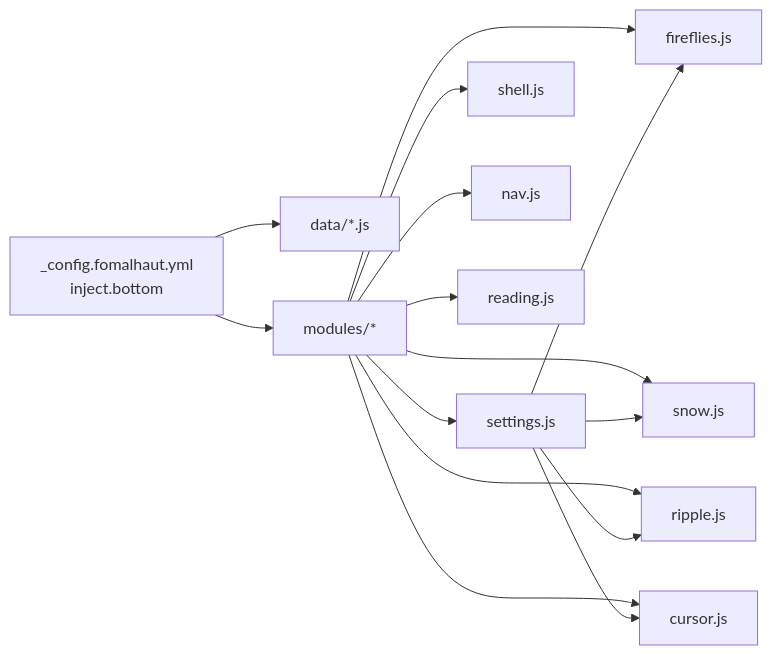
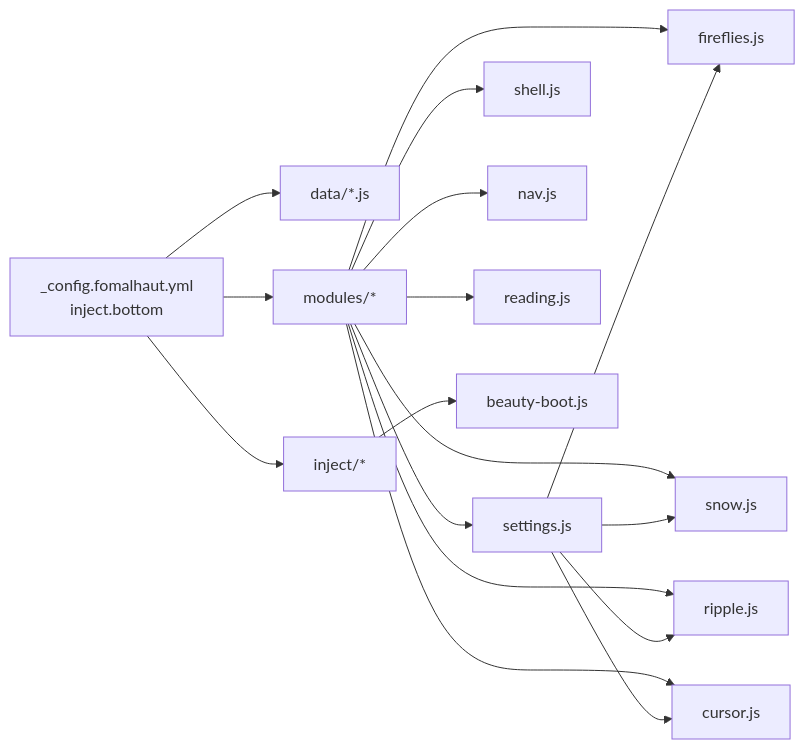
Before and after one commit to N1280851853/my_blog: the eighth of 8 diagrams in .qoder/repowiki/zh/content/JavaScript 模块系统/JavaScript 模块系统.md, drawn with Mermaid. The commit also changed other lines of this file and 41 other files, not shown here.

````diff
--- a/.qoder/repowiki/zh/content/JavaScript 模块系统/JavaScript 模块系统.md
+++ b/.qoder/repowiki/zh/content/JavaScript 模块系统/JavaScript 模块系统.md
@@ -317,17 +373,19 @@
 ```mermaid
 graph LR
 Config["_config.fomalhaut.yml<br/>inject.bottom"] --> Data["data/*.js"]
 Config --> Modules["modules/*"]
+Config --> Inject["inject/*"]
 Modules --> S["settings.js"]
 Modules --> Sh["shell.js"]
 Modules --> N["nav.js"]
 Modules --> R["reading.js"]
 Modules --> C["cursor.js"]
 Modules --> F["fireflies.js"]
 Modules --> Sn["snow.js"]
 Modules --> Rp["ripple.js"]
+Inject --> B["beauty-boot.js"]
 S --> F
 S --> Sn
 S --> Rp
 S --> C
 ```
````
